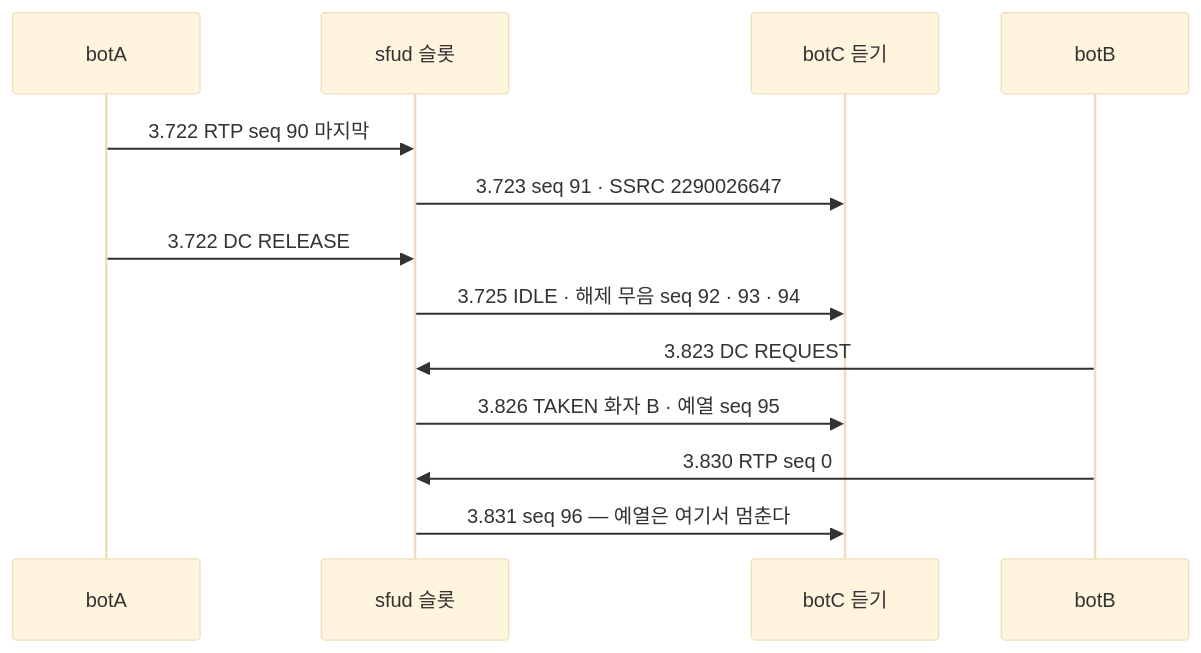
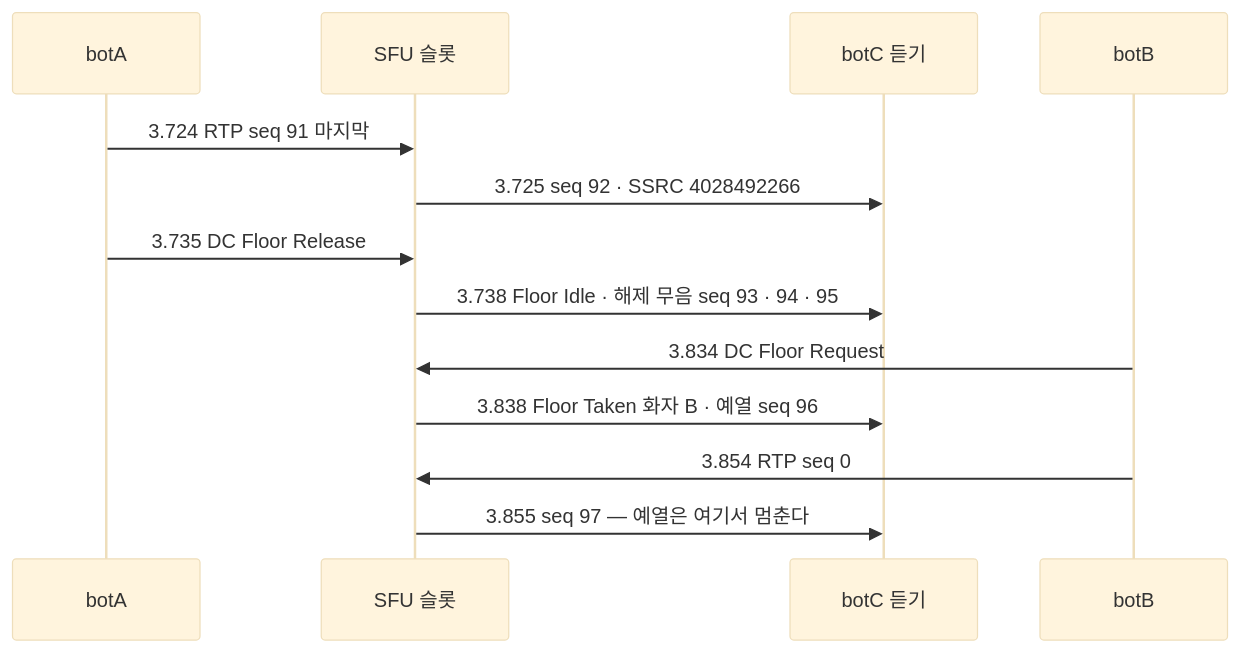
Before and after one commit to kodeholic9/oxlens-sfu: the second of 4 diagrams in docs/learn/08_SLOT_SPEAKER.md, drawn with Mermaid (base theme). The commit also changed other lines of this file and 19 other files, not shown here.

````diff
--- a/docs/learn/08_SLOT_SPEAKER.md
+++ b/docs/learn/08_SLOT_SPEAKER.md
@@ -53,15 +54,15 @@
 ```mermaid
 sequenceDiagram
   participant A as botA
-  participant S as sfud 슬롯
+  participant S as SFU 슬롯
   participant C as botC 듣기
   participant B as botB
-  A->>S: 3.722 RTP seq 90 마지막
-  S->>C: 3.723 seq 91 · SSRC 2290026647
-  A->>S: 3.722 DC RELEASE
-  S->>C: 3.725 IDLE · 해제 무음 seq 92 · 93 · 94
-  B->>S: 3.823 DC REQUEST
-  S->>C: 3.826 TAKEN 화자 B · 예열 seq 95
-  B->>S: 3.830 RTP seq 0
-  S->>C: 3.831 seq 96 — 예열은 여기서 멈춘다
+  A->>S: 3.724 RTP seq 91 마지막
+  S->>C: 3.725 seq 92 · SSRC 4028492266
+  A->>S: 3.735 DC Floor Release
+  S->>C: 3.738 Floor Idle · 해제 무음 seq 93 · 94 · 95
+  B->>S: 3.834 DC Floor Request
+  S->>C: 3.838 Floor Taken 화자 B · 예열 seq 96
+  B->>S: 3.854 RTP seq 0
+  S->>C: 3.855 seq 97 — 예열은 여기서 멈춘다
 ```
````
